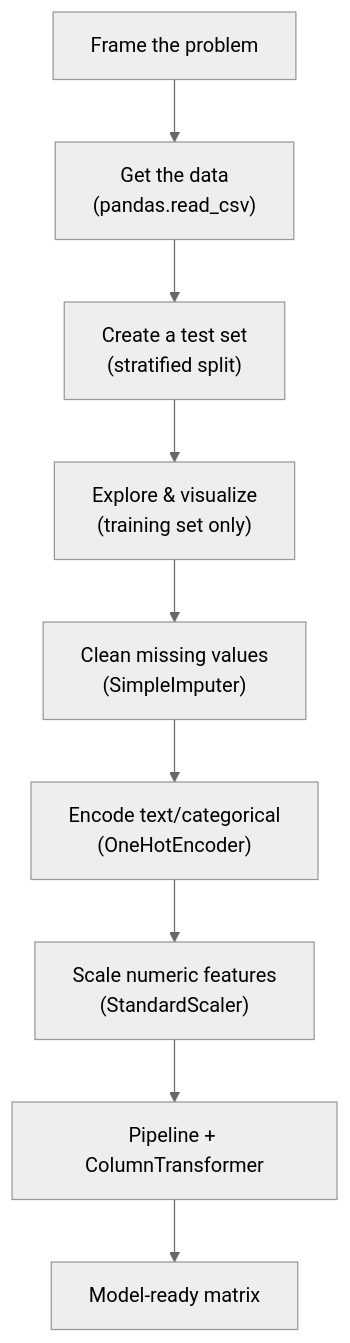
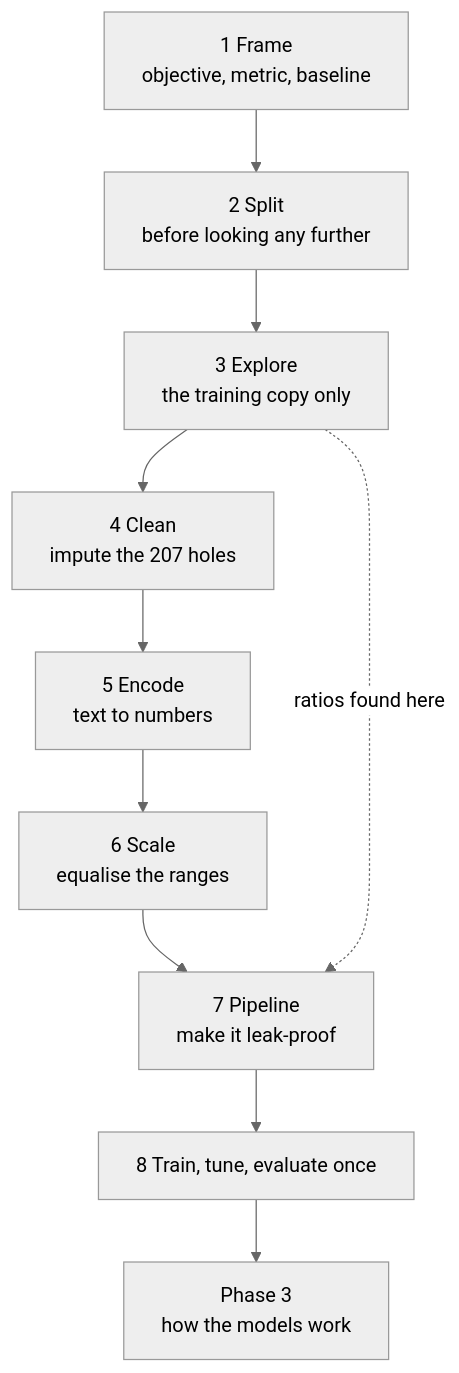
Before and after one commit to Ravikisha/PythonCentralHub: the diagram in src/content/docs/Machine Learning/Phase 02 - Data Preprocessing & Feature Engineering/Phase 2 - Data Preprocessing & Feature Engineering.mdx, drawn with Mermaid (neutral theme). The commit also changed other lines of this file and 1327 other files, not shown here.

````diff
--- a/src/content/docs/Machine Learning/Phase 02 - Data Preprocessing & Feature Engineering/Phase 2 - Data Preprocessing & Feature Engineering.mdx
+++ b/src/content/docs/Machine Learning/Phase 02 - Data Preprocessing & Feature Engineering/Phase 2 - Data Preprocessing & Feature Engineering.mdx
@@ -30,11 +35,12 @@
-```mermaid title="Data preprocessing pipeline" desc="Every stage between a raw CSV and a model-ready matrix, in order."
+```mermaid
 flowchart TD
-  A["Frame the problem"] --> B["Get the data<br/>(pandas.read_csv)"]
-  B --> C["Create a test set<br/>(stratified split)"]
-  C --> D["Explore & visualize<br/>(training set only)"]
-  D --> E["Clean missing values<br/>(SimpleImputer)"]
-  E --> F["Encode text/categorical<br/>(OneHotEncoder)"]
-  F --> G["Scale numeric features<br/>(StandardScaler)"]
-  G --> H["Pipeline + ColumnTransformer"]
-  H --> I["Model-ready matrix"]
+  A["1 Frame<br/>objective, metric, baseline"] --> B["2 Split<br/>before looking any further"]
+  B --> C["3 Explore<br/>the training copy only"]
+  C --> D["4 Clean<br/>impute the 207 holes"]
+  D --> E["5 Encode<br/>text to numbers"]
+  E --> F["6 Scale<br/>equalise the ranges"]
+  F --> G["7 Pipeline<br/>make it leak-proof"]
+  G --> H["8 Train, tune, evaluate once"]
+  C -.->|"ratios found here"| G
+  H --> I["Phase 3<br/>how the models work"]
 ```
````
